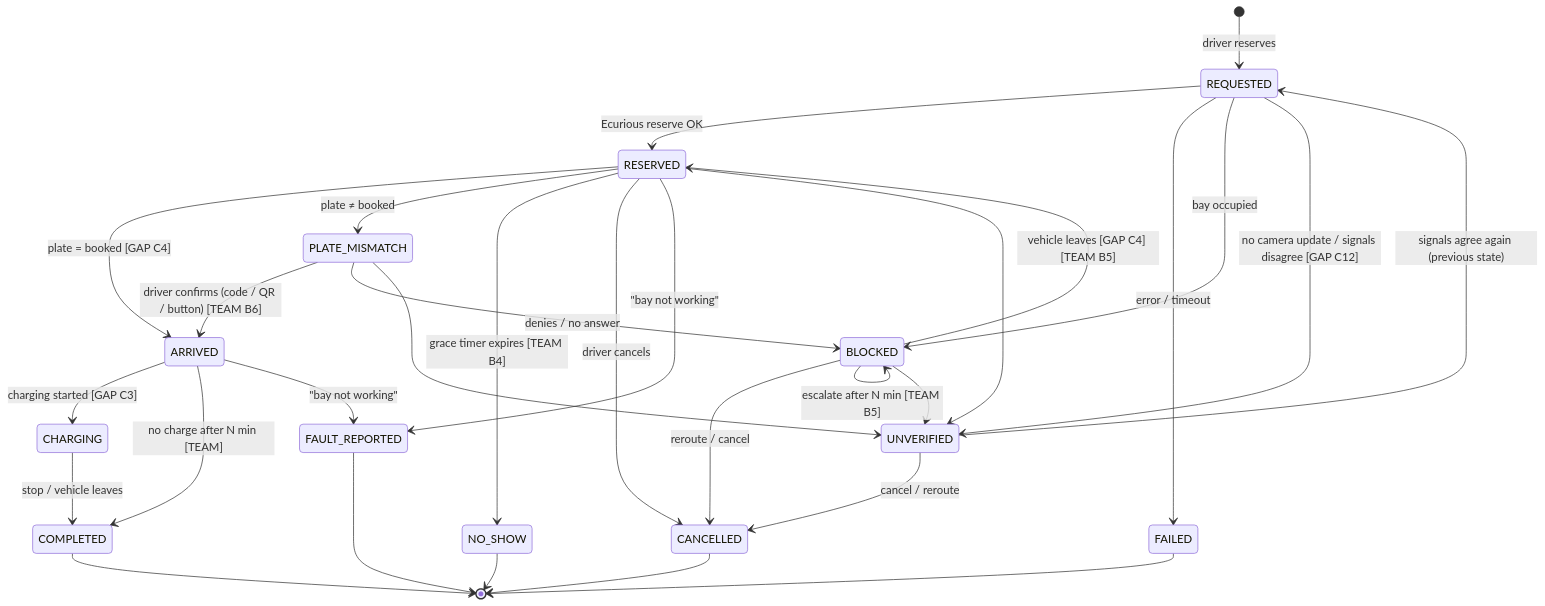
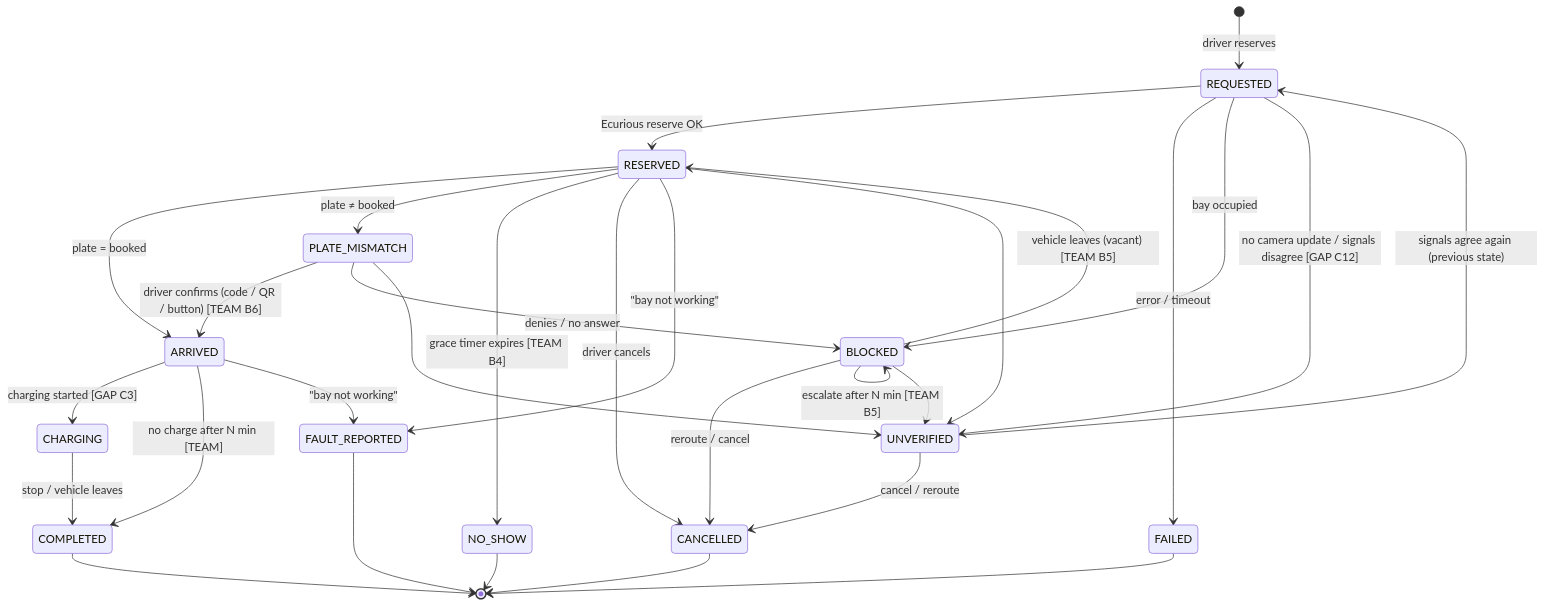
The third of 5 diagrams in docs/design/diagrams.md (kkcrafter/VE-curious), drawn with Mermaid before and after one commit. The commit also changed other lines of this file and 2 other files, not shown here.

````diff
--- a/docs/design/diagrams.md
+++ b/docs/design/diagrams.md
@@ -131,38 +131,38 @@
 ```mermaid
 stateDiagram-v2
     [*] --> REQUESTED: driver reserves
     REQUESTED --> RESERVED: Ecurious reserve OK
     REQUESTED --> FAILED: error / timeout
     REQUESTED --> BLOCKED: bay occupied
 
-    RESERVED --> ARRIVED: plate = booked [GAP C4]
+    RESERVED --> ARRIVED: plate = booked
     RESERVED --> PLATE_MISMATCH: plate ≠ booked
     RESERVED --> NO_SHOW: grace timer expires [TEAM B4]
     RESERVED --> CANCELLED: driver cancels
     RESERVED --> FAULT_REPORTED: "bay not working"
 
     PLATE_MISMATCH --> ARRIVED: driver confirms (code / QR / button) [TEAM B6]
     PLATE_MISMATCH --> BLOCKED: denies / no answer
 
-    BLOCKED --> RESERVED: vehicle leaves [GAP C4] [TEAM B5]
+    BLOCKED --> RESERVED: vehicle leaves (vacant) [TEAM B5]
     BLOCKED --> CANCELLED: reroute / cancel
     BLOCKED --> BLOCKED: escalate after N min [TEAM B5]
 
     REQUESTED --> UNVERIFIED: no camera update / signals disagree [GAP C12]
     RESERVED --> UNVERIFIED
     PLATE_MISMATCH --> UNVERIFIED
     BLOCKED --> UNVERIFIED
     UNVERIFIED --> REQUESTED: signals agree again (previous state)
     UNVERIFIED --> CANCELLED: cancel / reroute
 
     ARRIVED --> CHARGING: charging started [GAP C3]
     ARRIVED --> COMPLETED: no charge after N min [TEAM]
     ARRIVED --> FAULT_REPORTED: "bay not working"
     CHARGING --> COMPLETED: stop / vehicle leaves
 
     COMPLETED --> [*]
     CANCELLED --> [*]
     NO_SHOW --> [*]
     FAILED --> [*]
     FAULT_REPORTED --> [*]
 ```
````
